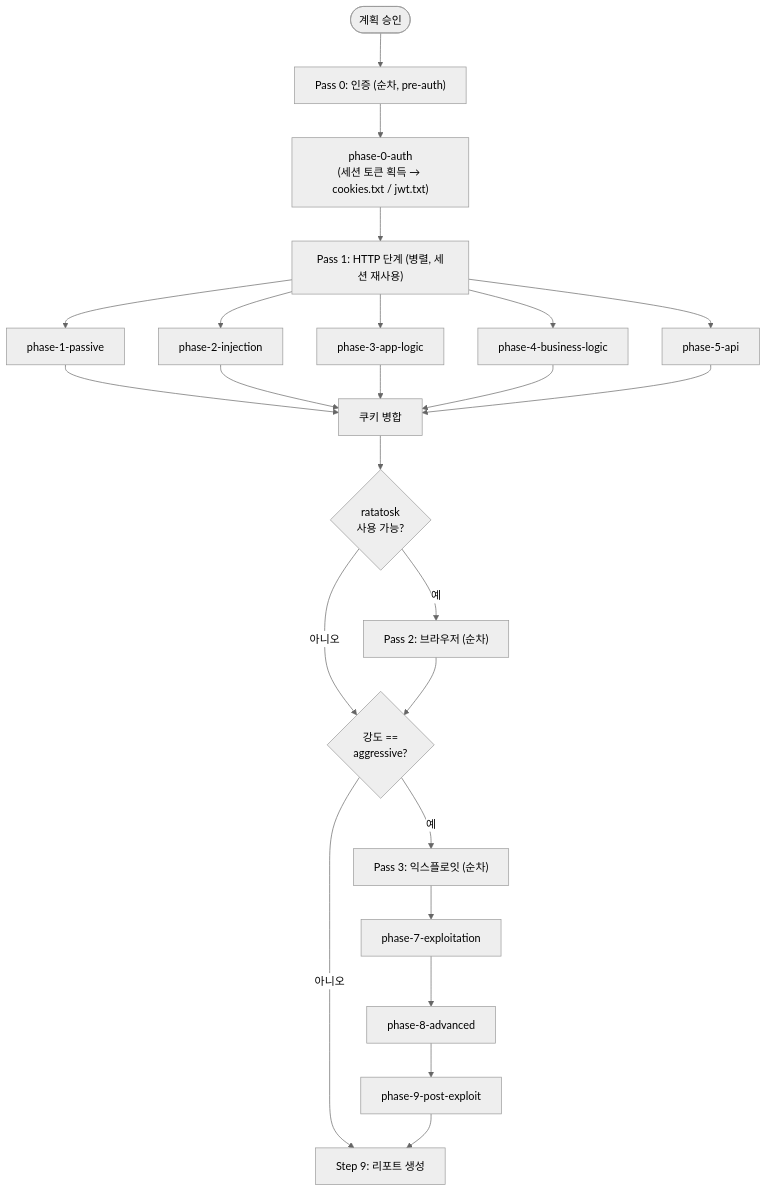
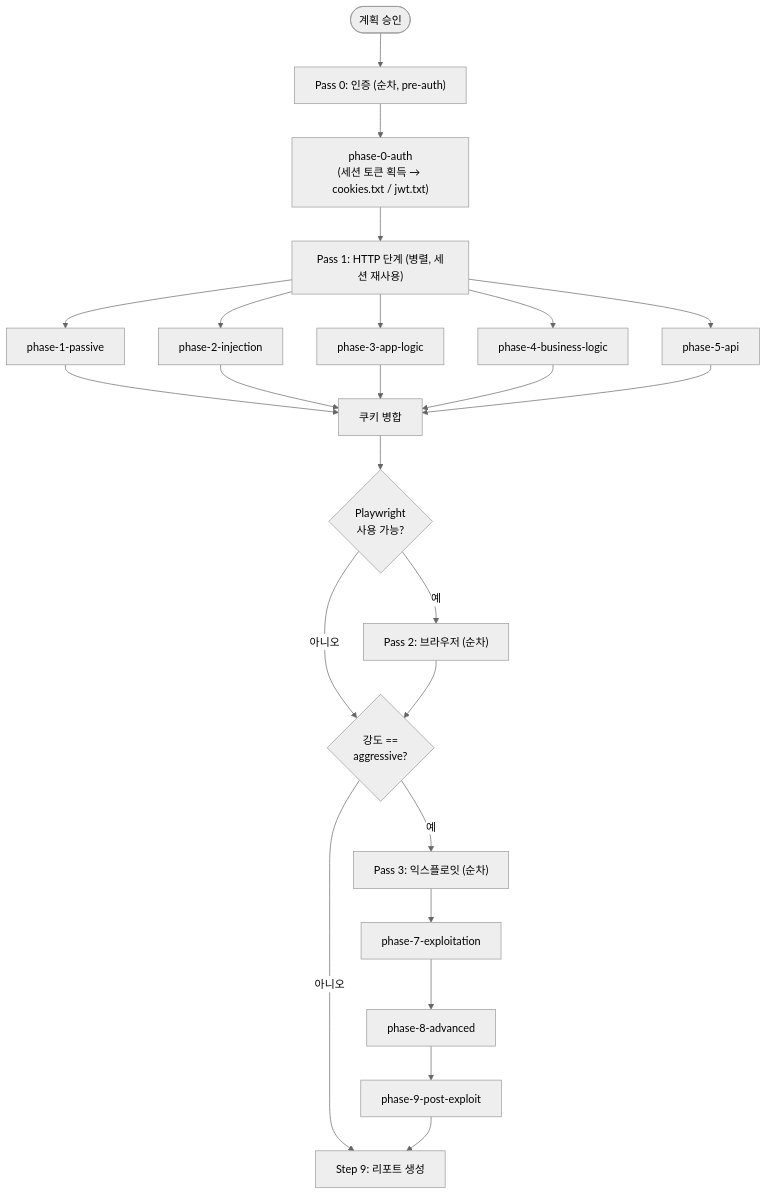
One commit to letsur-dev/vulcheck changed diagram 11 of 12 in design/hacksimulator.md. Above: the diagram before and after it, drawn with Mermaid (neutral theme). The commit also changed other lines of this file and 25 other files, not shown here.

First line of the commit message:
refactor: replace ratatosk-cli with Playwright for browser automation

````diff
--- a/design/hacksimulator.md
+++ b/design/hacksimulator.md
@@ -660,31 +659,31 @@
 ```mermaid
 flowchart TD
     Approved([계획 승인]) --> Pass0["Pass 0: 인증 (순차, pre-auth)"]
     Pass0 --> P0auth["phase-0-auth<br>(세션 토큰 획득 → cookies.txt / jwt.txt)"]
     P0auth --> Pass1["Pass 1: HTTP 단계 (병렬, 세션 재사용)"]
 
     Pass1 --> P1["phase-1-passive"]
     Pass1 --> P2["phase-2-injection"]
     Pass1 --> P3["phase-3-app-logic"]
     Pass1 --> P4["phase-4-business-logic"]
     Pass1 --> P5["phase-5-api"]
 
     P1 --> Merge["쿠키 병합"]
     P2 --> Merge
     P3 --> Merge
     P4 --> Merge
     P5 --> Merge
 
-    Merge --> HasRatatosk{"ratatosk<br>사용 가능?"}
-    HasRatatosk -->|예| Pass2["Pass 2: 브라우저 (순차)"]
-    HasRatatosk -->|아니오| CheckAggressive
+    Merge --> HasPlaywright{"Playwright<br>사용 가능?"}
+    HasPlaywright -->|예| Pass2["Pass 2: 브라우저 (순차)"]
+    HasPlaywright -->|아니오| CheckAggressive
 
     Pass2 --> CheckAggressive{"강도 ==<br>aggressive?"}
     CheckAggressive -->|예| Pass3["Pass 3: 익스플로잇 (순차)"]
     CheckAggressive -->|아니오| Report["Step 9: 리포트 생성"]
 
     Pass3 --> P7["phase-7-exploitation"]
     P7 --> P8["phase-8-advanced"]
     P8 --> P9["phase-9-post-exploit"]
     P9 --> Report
 ```
````
